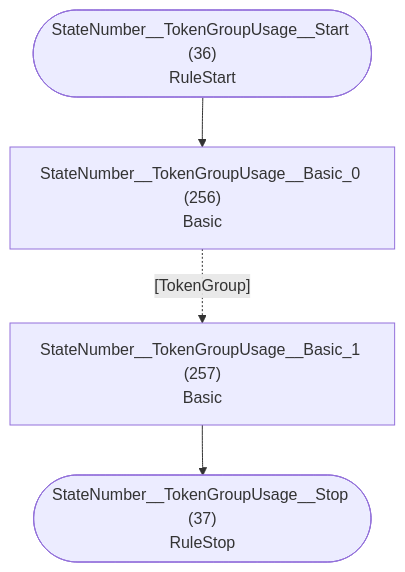
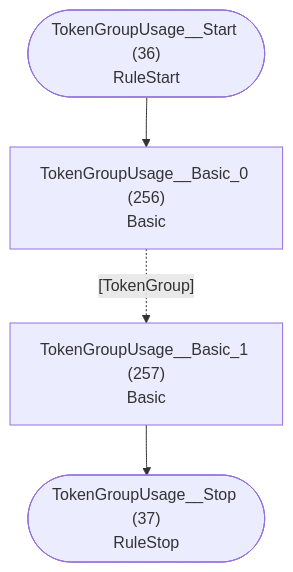
Diagram 19 of 37 in internal/grammar/atn.md (TypeFox/fastbelt), drawn with Mermaid before and after one commit. The commit also changed other lines of this file and 26 other files, not shown here.

````diff
--- a/internal/grammar/atn.md
+++ b/internal/grammar/atn.md
@@ -587,11 +587,11 @@
 ```mermaid
 flowchart TD
-    q36(["StateNumber__TokenGroupUsage__Start (36)<br/>RuleStart"])
-    q37(["StateNumber__TokenGroupUsage__Stop (37)<br/>RuleStop"])
-    q256["StateNumber__TokenGroupUsage__Basic_0 (256)<br/>Basic<br/>"]
-    q257["StateNumber__TokenGroupUsage__Basic_1 (257)<br/>Basic<br/>"]
+    q36(["TokenGroupUsage__Start (36)<br/>RuleStart"])
+    q37(["TokenGroupUsage__Stop (37)<br/>RuleStop"])
+    q256["TokenGroupUsage__Basic_0 (256)<br/>Basic<br/>"]
+    q257["TokenGroupUsage__Basic_1 (257)<br/>Basic<br/>"]
 
     q36 --> q256
     q256 -.->|"[TokenGroup]"| q257
     q257 --> q37
 ```
````
